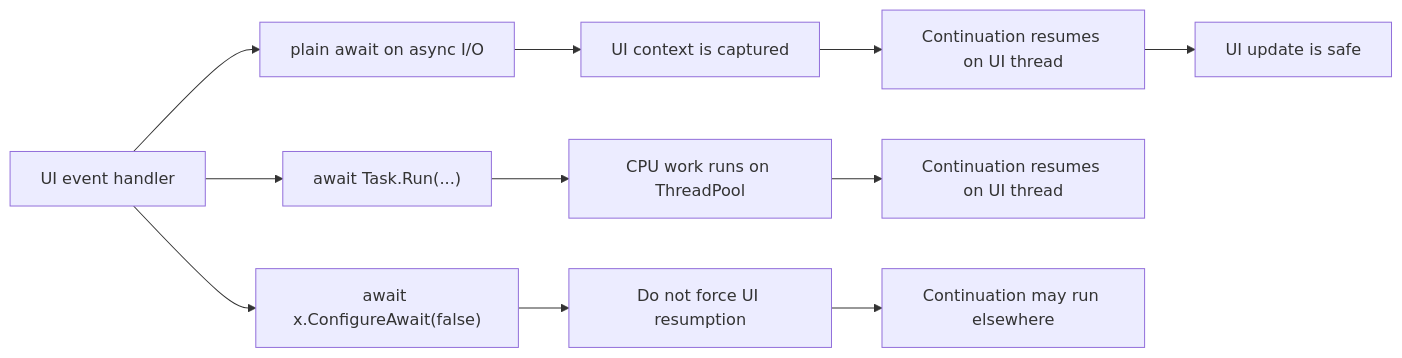
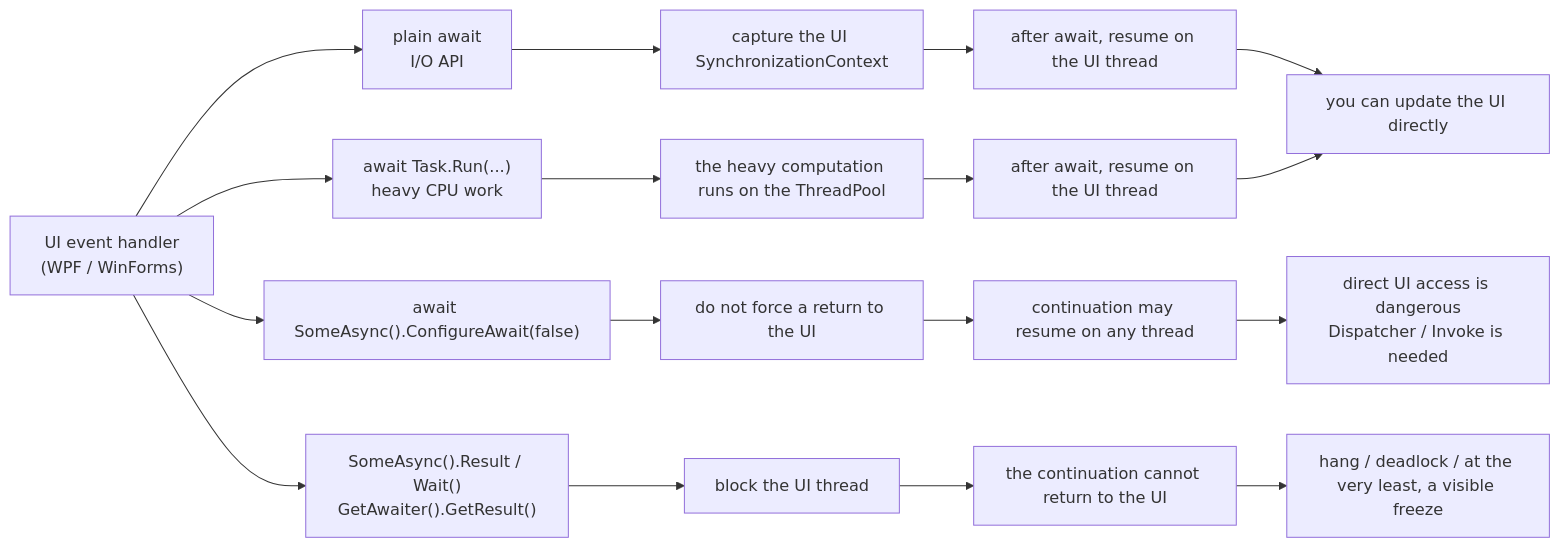
Before and after one commit to gomurin0428/KomuraSoftWeb: the first of 8 diagrams in _posts/2026-03-12-000-wpf-winforms-ui-thread-async-await-one-sheet-en.md, drawn with Mermaid. The commit also changed other lines of this file and 1 other file, not shown here.

````diff
--- a/_posts/2026-03-12-000-wpf-winforms-ui-thread-async-await-one-sheet-en.md
+++ b/_posts/2026-03-12-000-wpf-winforms-ui-thread-async-await-one-sheet-en.md
@@ -39,15 +91,22 @@
 ```mermaid
 flowchart LR
-    A["UI event handler"] --> B["plain await on async I/O"]
-    B --> C["UI context is captured"]
-    C --> D["Continuation resumes on UI thread"]
-    D --> E["UI update is safe"]
+    A["UI event handler<br/>(WPF / WinForms)"] --> B["plain await<br/>I/O API"]
+    B --> C["capture the UI SynchronizationContext"]
+    C --> D["after await, resume on the UI thread"]
+    D --> E["you can update the UI directly"]
 
-    A --> F["await Task.Run(...)"]
-    F --> G["CPU work runs on ThreadPool"]
-    G --> H["Continuation resumes on UI thread"]
+    A --> F["await Task.Run(...)<br/>heavy CPU work"]
+    F --> G["the heavy computation runs on the ThreadPool"]
+    G --> H["after await, resume on the UI thread"]
+    H --> E
 
-    A --> I["await x.ConfigureAwait(false)"]
-    I --> J["Do not force UI resumption"]
-    J --> K["Continuation may run elsewhere"]
+    A --> I["await SomeAsync().ConfigureAwait(false)"]
+    I --> J["do not force a return to the UI"]
+    J --> K["continuation may resume on any thread"]
+    K --> L["direct UI access is dangerous<br/>Dispatcher / Invoke is needed"]
+
+    A --> M["SomeAsync().Result / Wait()<br/>GetAwaiter().GetResult()"]
+    M --> N["block the UI thread"]
+    N --> O["the continuation cannot return to the UI"]
+    O --> P["hang / deadlock / at the very least, a visible freeze"]
 ```
````
